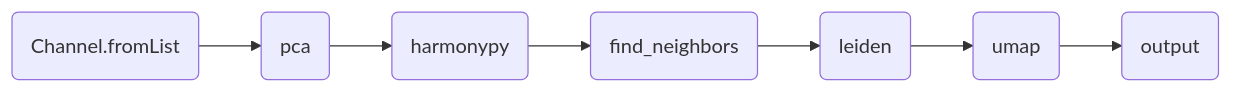
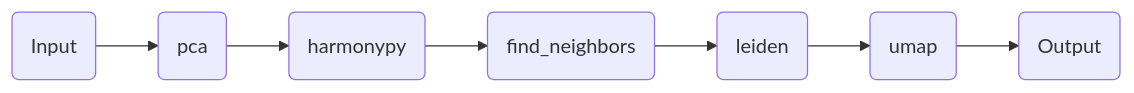
Before and after one commit to openpipelines-bio/website: the diagram in components/workflow_multiomics_integration.qmd, drawn with Mermaid. The commit also changed 6 other files, not shown here.

Commit message:
update pipeline graphs

````diff
--- a/components/workflow_multiomics_integration.qmd
+++ b/components/workflow_multiomics_integration.qmd
@@ -47,18 +47,18 @@
 ```{mermaid}
 %%| column: screen-inset-shaded
 flowchart LR
-    p0(Channel.fromList)
+    p0(Input)
     p8(pca)
     p16(harmonypy)
     p24(find_neighbors)
     p31(leiden)
     p39(umap)
-    p45(output)
+    p45(Output)
     p0-->p8
     p8-->p16
     p16-->p24
     p24-->p31
     p31-->p39
     p39-->p45
 
 ```
````
